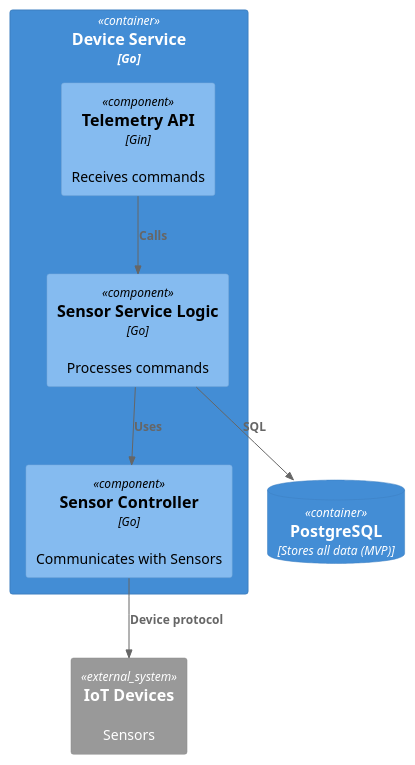
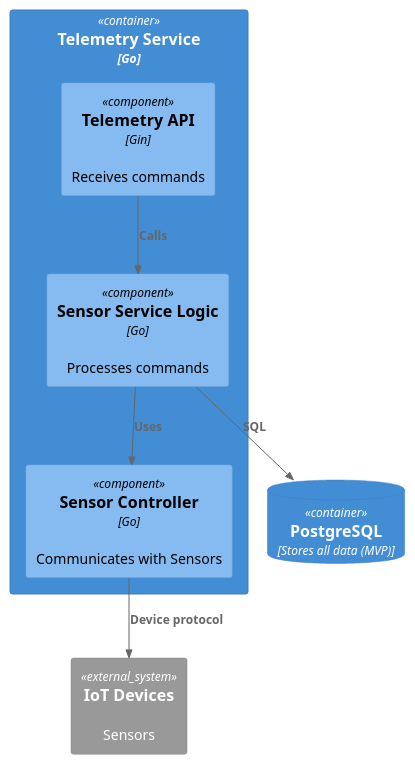
Before and after one commit to Moulten/architecture-warmhouse: the diagram in apps/temperature-api/diagrams/TelemetryComponents_C4.puml, drawn with PlantUML. The commit also changed 2 other files, not shown here.

```diff
--- a/apps/temperature-api/diagrams/TelemetryComponents_C4.puml
+++ b/apps/temperature-api/diagrams/TelemetryComponents_C4.puml
@@ -1,22 +1,22 @@
 @startuml
 top to bottom direction
 
 !include https://raw.githubusercontent.com/plantuml-stdlib/C4-PlantUML/master/C4_Component.puml
 !include https://raw.githubusercontent.com/plantuml-stdlib/C4-PlantUML/master/C4_Container.puml
 
 System_Ext(devices, "IoT Devices", "Sensors")
 ContainerDb(db, "PostgreSQL", "Stores all data (MVP)")
 
-Container(deviceService, "Device Service", "Go") {
+Container(telemetryService, "Telemetry Service", "Go") {
 
     Component(api, "Telemetry API", "Gin", "Receives commands")
     Component(service, "Sensor Service Logic", "Go", "Processes commands")
     Component(controller, "Sensor Controller", "Go", "Communicates with Sensors")
 }
 
 Rel(api, service, "Calls")
 Rel(service, controller, "Uses")
 Rel(service, db, "SQL")
 Rel(controller, devices, "Device protocol")
 
 @enduml
```
